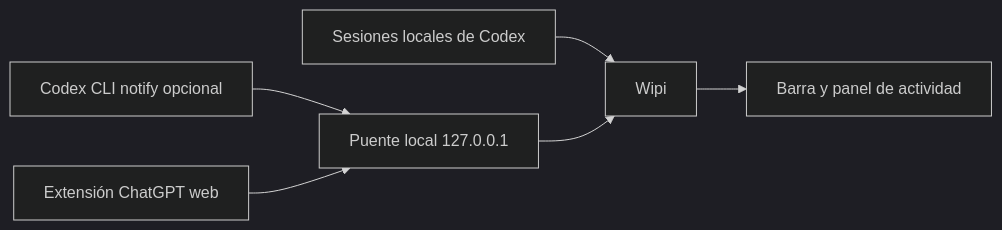
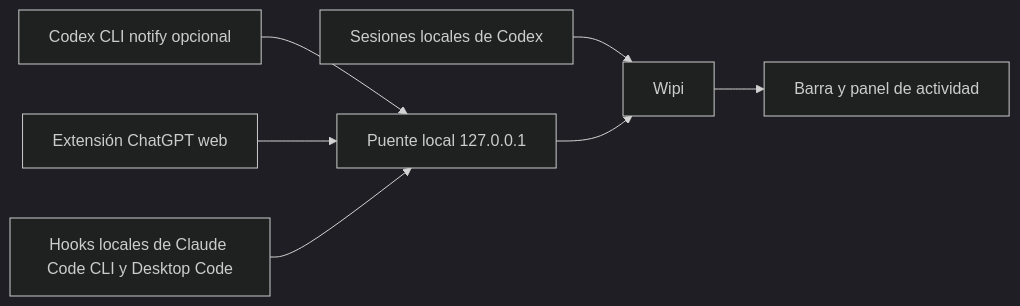
One commit to maxsarlijagit/Wipi changed the diagram in docs/integrations.md. Above: the diagram before and after it, drawn with Mermaid (dark theme). The commit also changed other lines of this file and 27 other files, not shown here.

Commit message:
Add Claude Code CLI and Desktop Code activity integration

````diff
--- a/docs/integrations.md
+++ b/docs/integrations.md
@@ -5,8 +5,9 @@
 ```mermaid
 flowchart LR
     A[Sesiones locales de Codex] --> B[Wipi]
     C[Codex CLI notify opcional] --> D[Puente local 127.0.0.1]
     E[Extensión ChatGPT web] --> D
+    G[Hooks locales de Claude Code CLI y Desktop Code] --> D
     D --> B
     B --> F[Barra y panel de actividad]
 ```
````
